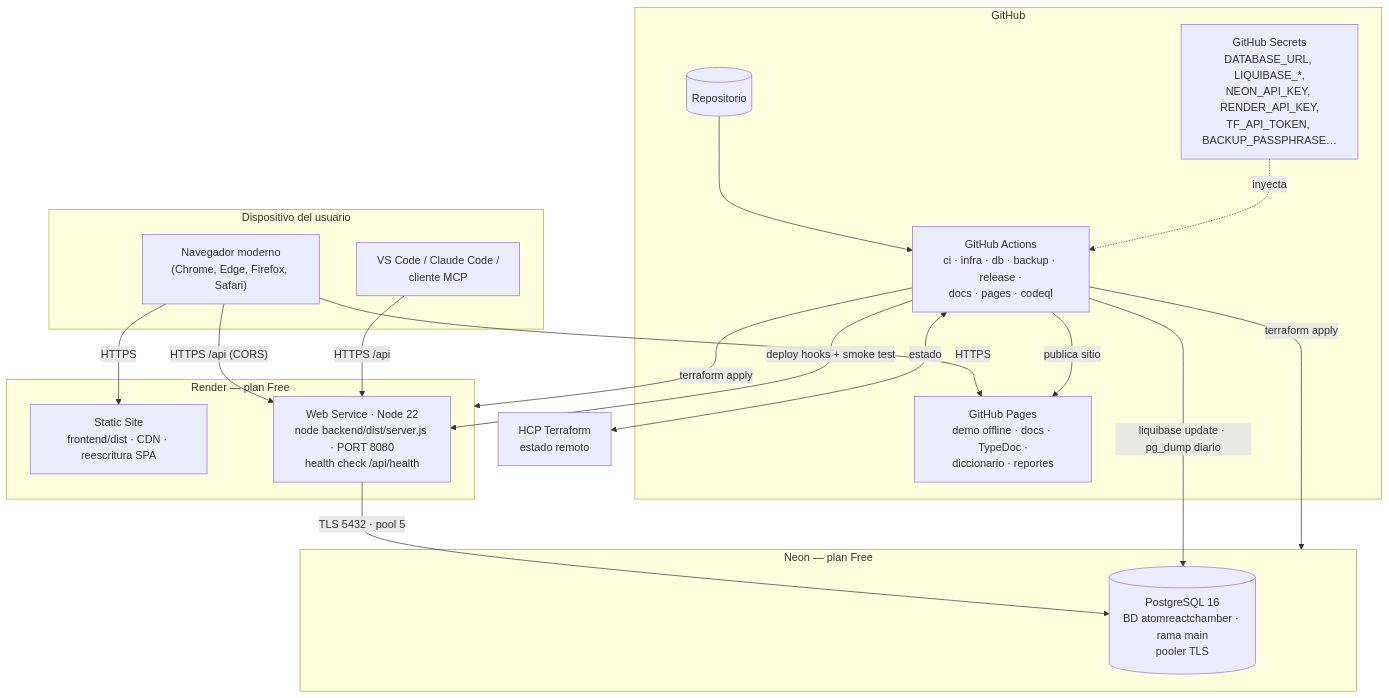
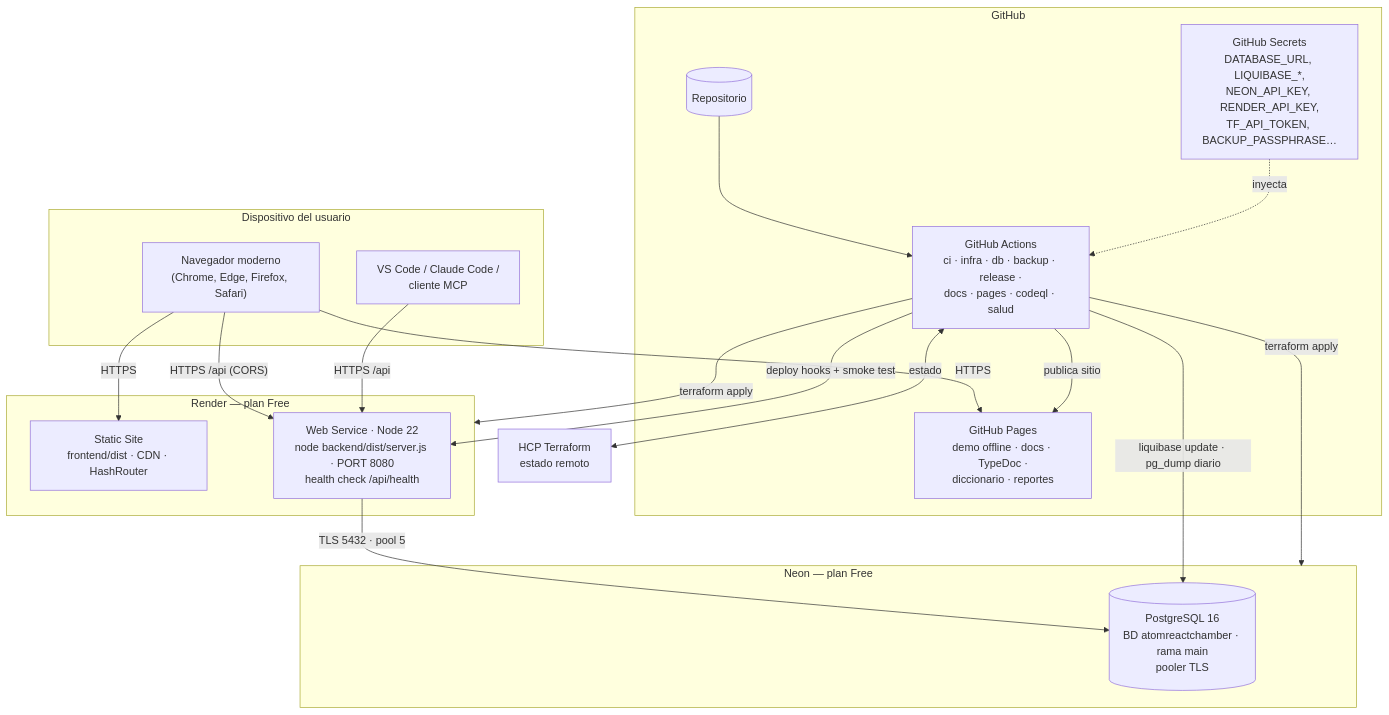
Before and after one commit to Laos19/Demov0.1AtomReactChamber: diagram 13 of 13 in docs/fd/FD04-Informe-SAD.md, drawn with Mermaid. The commit also changed other lines of this file and 18 other files, not shown here.

````diff
--- a/docs/fd/FD04-Informe-SAD.md
+++ b/docs/fd/FD04-Informe-SAD.md
@@ -844,34 +852,34 @@
 ```mermaid
 flowchart TB
   subgraph Usuario["Dispositivo del usuario"]
     BR["Navegador moderno<br/>(Chrome, Edge, Firefox, Safari)"]
     IDE["VS Code / Claude Code /<br/>cliente MCP"]
   end
   subgraph RenderCloud["Render — plan Free"]
-    SS["Static Site<br/>frontend/dist · CDN · reescritura SPA"]
+    SS["Static Site<br/>frontend/dist · CDN · HashRouter"]
     WS["Web Service · Node 22<br/>node backend/dist/server.js · PORT 8080<br/>health check /api/health"]
   end
   subgraph NeonCloud["Neon — plan Free"]
     NPG[("PostgreSQL 16<br/>BD atomreactchamber · rama main<br/>pooler TLS")]
   end
   subgraph GitHubCloud["GitHub"]
     REPO[("Repositorio")]
-    ACT["GitHub Actions<br/>ci · infra · db · backup · release ·<br/>docs · pages · codeql"]
+    ACT["GitHub Actions<br/>ci · infra · db · backup · release ·<br/>docs · pages · codeql · salud"]
     GP["GitHub Pages<br/>demo offline · docs · TypeDoc ·<br/>diccionario · reportes"]
     SEC["GitHub Secrets<br/>DATABASE_URL, LIQUIBASE_*,<br/>NEON_API_KEY, RENDER_API_KEY,<br/>TF_API_TOKEN, BACKUP_PASSPHRASE…"]
   end
   HCP["HCP Terraform<br/>estado remoto"]
   BR -- "HTTPS" --> SS
   BR -- "HTTPS /api (CORS)" --> WS
   BR -- "HTTPS" --> GP
   IDE -- "HTTPS /api" --> WS
   WS -- "TLS 5432 · pool 5" --> NPG
   REPO --> ACT
   SEC -. "inyecta" .-> ACT
   ACT -- "terraform apply" --> RenderCloud
   ACT -- "terraform apply" --> NeonCloud
   ACT <-- "estado" --> HCP
   ACT -- "liquibase update · pg_dump diario" --> NPG
   ACT -- "deploy hooks + smoke test" --> WS
   ACT -- "publica sitio" --> GP
 ```
````
